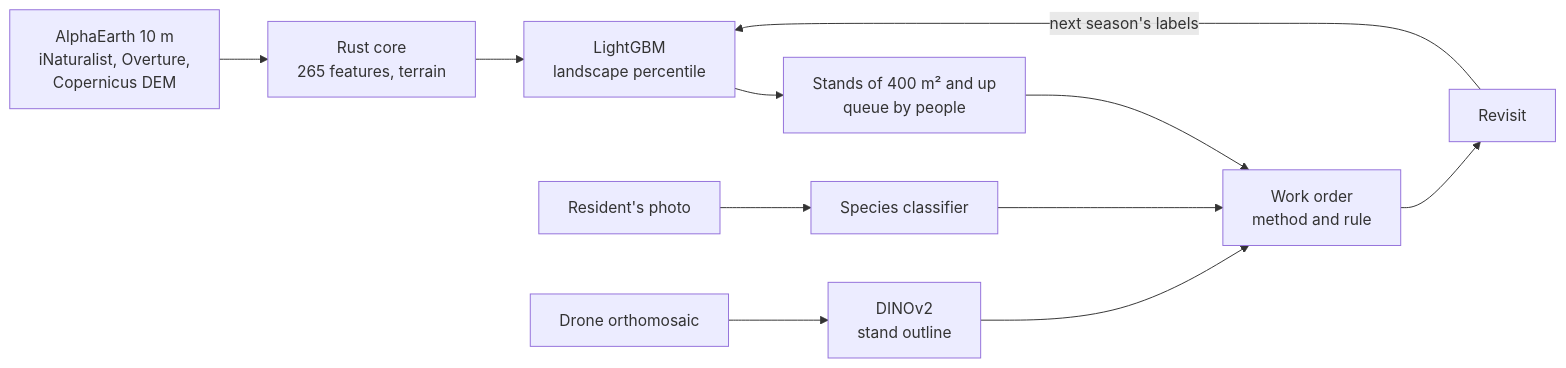
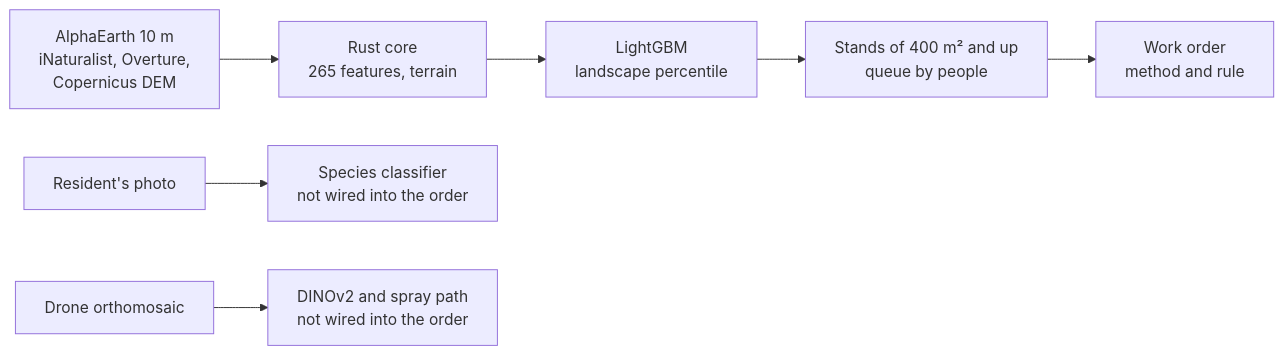
One commit to KonkovDV/InvaRadar changed the diagram in README.en.md. Above: the diagram before and after it, drawn with Mermaid. The commit also changed other lines of this file and 22 other files, not shown here.

````diff
--- a/README.en.md
+++ b/README.en.md
@@ -104,10 +104,9 @@
 ```mermaid
 flowchart LR
   D["AlphaEarth 10 m<br/>iNaturalist, Overture,<br/>Copernicus DEM"] --> R["Rust core<br/>265 features, terrain"]
   R --> M["LightGBM<br/>landscape percentile"]
   M --> H["Stands of 400 m² and up<br/>queue by people"]
   H --> W["Work order<br/>method and rule"]
-  P["Resident's photo"] --> V["Species classifier"] --> W
-  U["Drone orthomosaic"] --> S["DINOv2<br/>stand outline"] --> W
-  W --> C["Revisit"] -->|"next season's labels"| M
+  P["Resident's photo"] --> V["Species classifier<br/>not wired into the order"]
+  U["Drone orthomosaic"] --> S["DINOv2 and spray path<br/>not wired into the order"]
 ```
````
